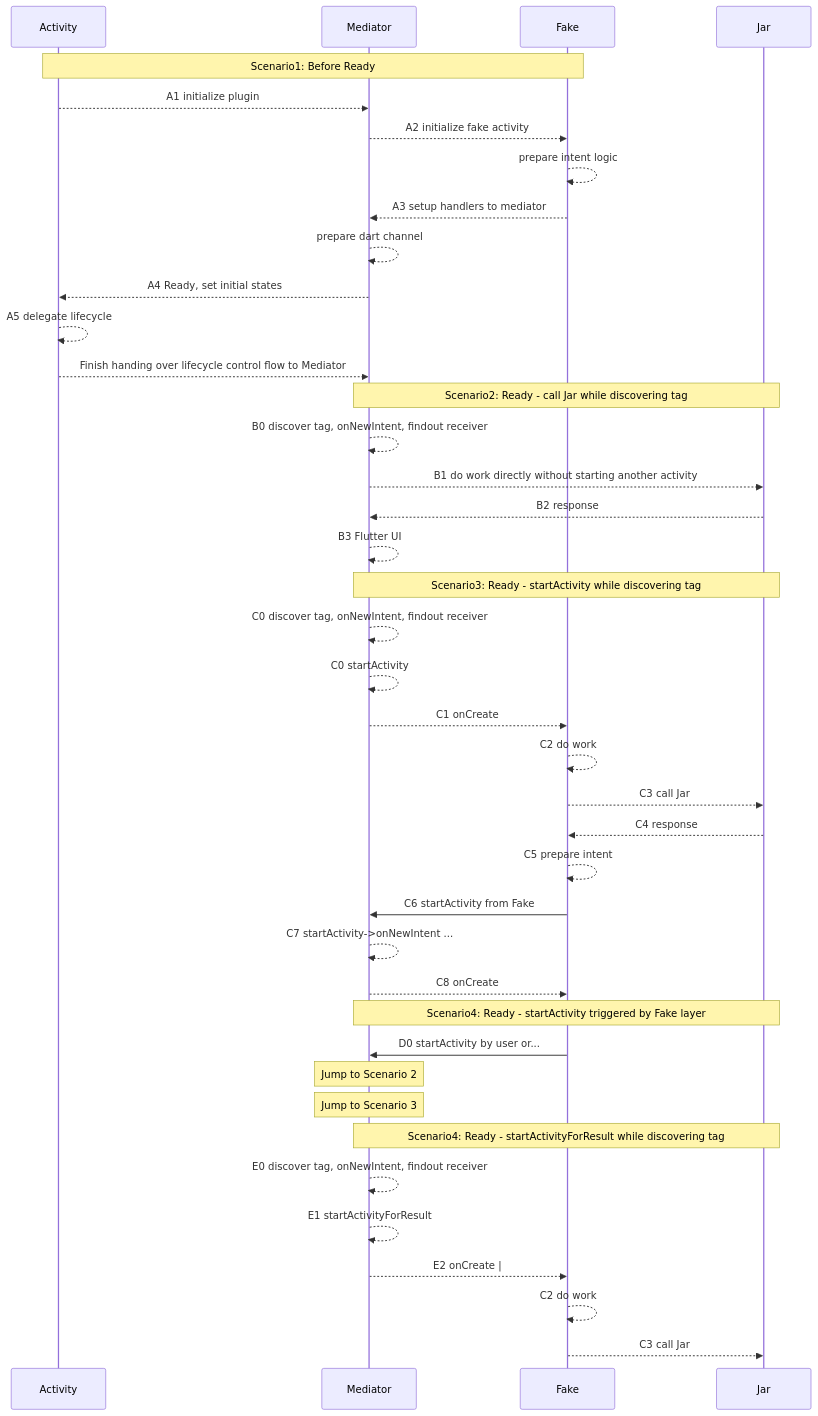
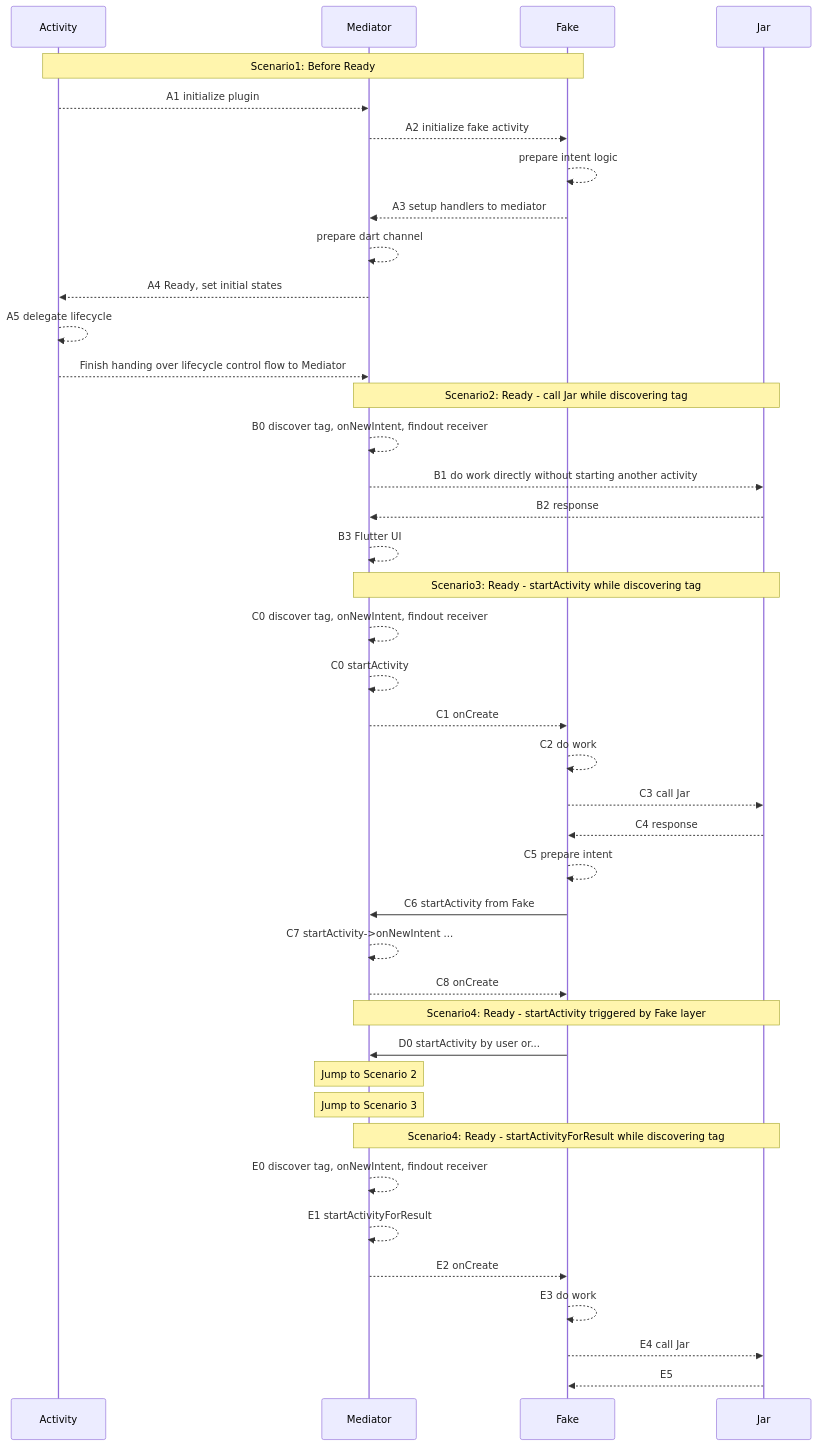
One commit to gordianknotC/nxp_note changed the first of 2 diagrams in flutter/android_to_flutter.md. Above: the diagram before and after it, drawn with Mermaid. The commit also changed other lines of this file, not shown here.

Commit message:
flutter/android_to_flutter.md updated from https://stackedit.io/

````diff
--- a/flutter/android_to_flutter.md
+++ b/flutter/android_to_flutter.md
@@ -5,58 +5,59 @@
 ```mermaid
 sequenceDiagram
 participant Activity
 participant Mediator
 participant Fake
 participant Jar
 
 
 Note over Activity, Fake: Scenario1: Before Ready
 
 Activity -->> Mediator: A1 initialize plugin
 Mediator -->> Fake: A2 initialize fake activity
 Fake -->> Fake: prepare intent logic
 Fake -->> Mediator: A3 setup handlers to mediator
 Mediator -->> Mediator: prepare dart channel
 Mediator -->> Activity: A4 Ready, set initial states
 Activity -->> Activity: A5 delegate lifecycle
 Activity -->> Mediator: Finish handing over lifecycle control flow to Mediator
 
 
 Note over Mediator, Jar: Scenario2: Ready - call Jar while discovering tag 
 
 Mediator-->> Mediator: B0 discover tag, onNewIntent, findout receiver
 Mediator-->>Jar: B1 do work directly without starting another activity
 Jar-->>Mediator: B2 response
 Mediator-->>Mediator: B3 Flutter UI
 
 
 Note over Mediator, Jar: Scenario3: Ready - startActivity while discovering tag
 
 Mediator-->> Mediator: C0 discover tag, onNewIntent, findout receiver
 Mediator-->>Mediator: C0 startActivity
 Mediator-->>Fake: C1 onCreate
 Fake-->>Fake: C2 do work
 Fake-->>Jar:C3 call Jar
 Jar-->>Fake:C4 response
 Fake-->>Fake:C5 prepare intent
 Fake->>Mediator: C6 startActivity from Fake
 Mediator-->>Mediator: C7 startActivity->onNewIntent ...
 Mediator-->>Fake: C8 onCreate
 
 
 Note over Mediator, Jar: Scenario4: Ready - startActivity triggered by Fake layer
 
 Fake->>Mediator: D0 startActivity by user or...
 
 
 Note over Mediator: Jump to Scenario 2
 Note over Mediator: Jump to Scenario 3
 
 
 Note over Mediator, Jar: Scenario4: Ready - startActivityForResult while discovering tag
 Mediator-->> Mediator: E0 discover tag, onNewIntent, findout receiver
 Mediator-->>Mediator:E1 startActivityForResult
-Mediator-->>Fake: E2 onCreate | 
-Fake-->>Fake: C2 do work
-Fake-->>Jar:C3 call Jar
+Mediator-->>Fake: E2 onCreate
+Fake-->>Fake: E3 do work
+Fake-->>Jar:E4 call Jar
+Jar-->>Fake:E5
 ```
````
